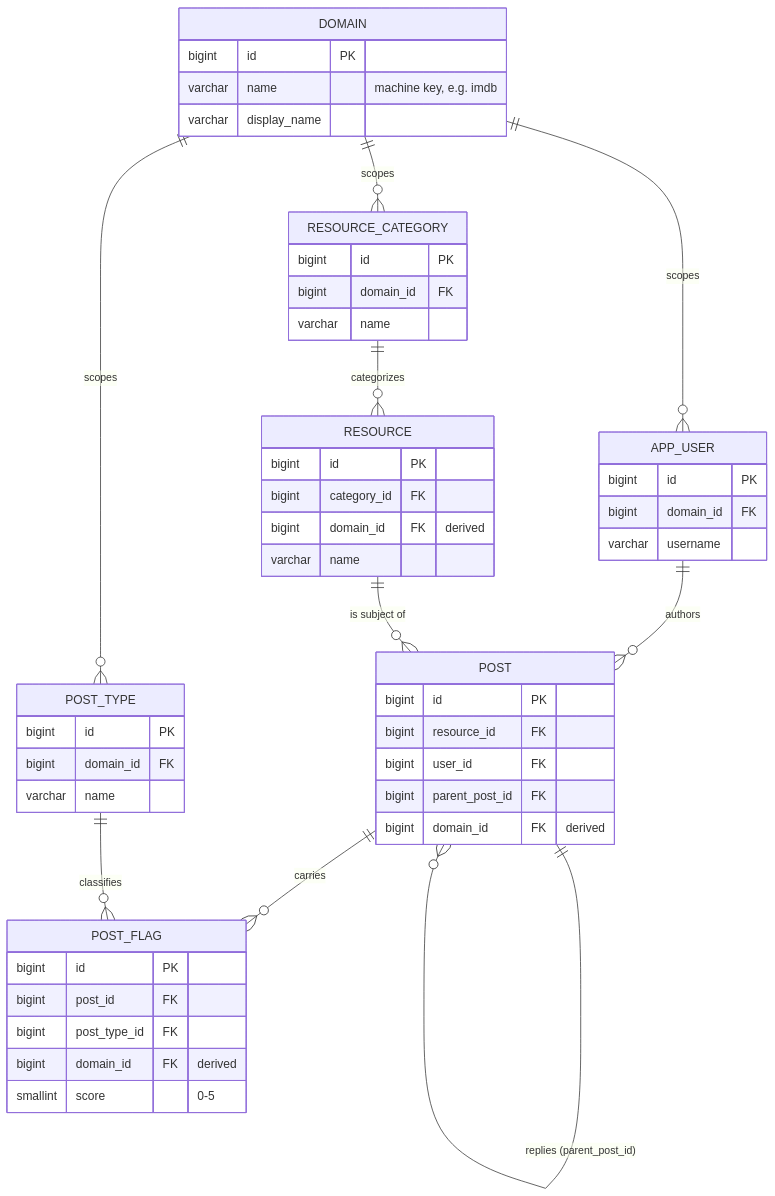
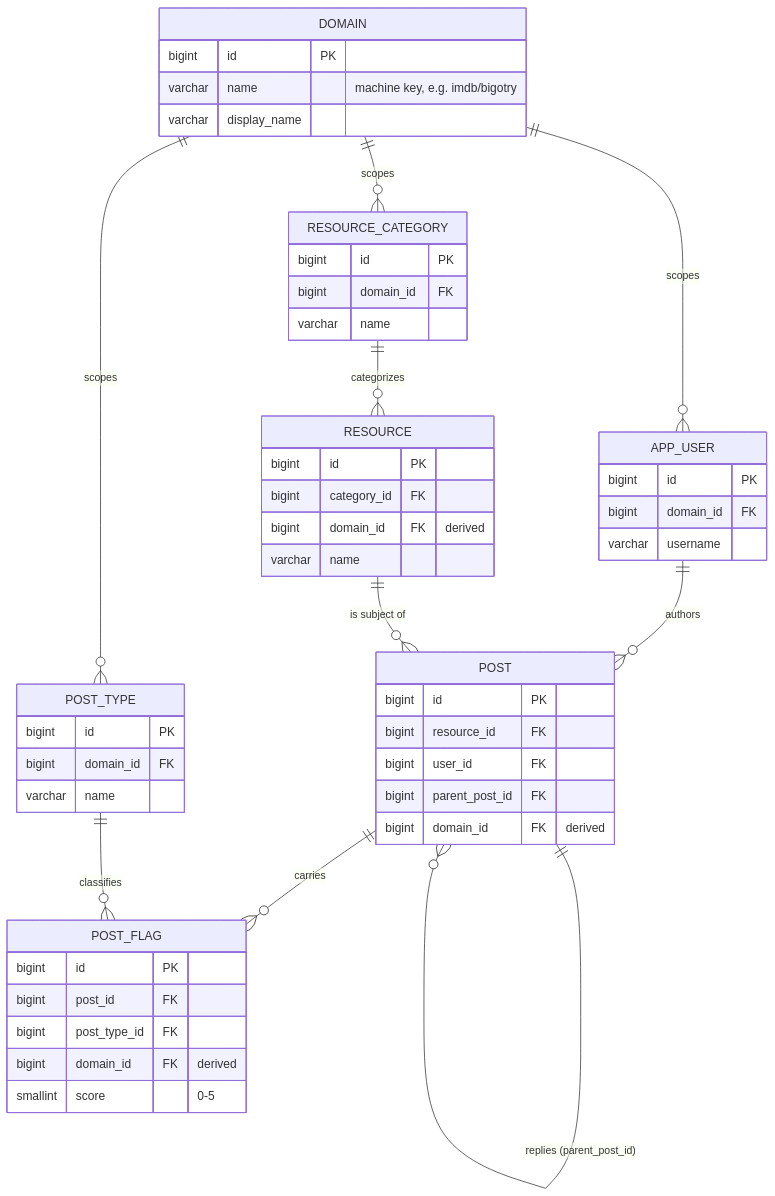
The third of 3 diagrams in backend/posts/docs/architecture.md (jmejorada1/my-fun-projects), drawn with Mermaid before and after one commit. The commit also changed other lines of this file and 8 other files, not shown here.

First line of the commit message:
docs: condense architecture, spec, security and monitoring docs

````diff
--- a/backend/posts/docs/architecture.md
+++ b/backend/posts/docs/architecture.md
@@ -269,53 +237,53 @@
 ```mermaid
 erDiagram
     DOMAIN ||--o{ RESOURCE_CATEGORY : scopes
     DOMAIN ||--o{ POST_TYPE : scopes
     DOMAIN ||--o{ APP_USER : scopes
     APP_USER ||--o{ POST : authors
     RESOURCE_CATEGORY ||--o{ RESOURCE : categorizes
     RESOURCE ||--o{ POST : "is subject of"
     POST ||--o{ POST : "replies (parent_post_id)"
     POST ||--o{ POST_FLAG : carries
     POST_TYPE ||--o{ POST_FLAG : classifies
 
     DOMAIN {
         bigint id PK
-        varchar name "machine key, e.g. imdb"
+        varchar name "machine key, e.g. imdb/bigotry"
         varchar display_name
     }
     RESOURCE_CATEGORY {
         bigint id PK
         bigint domain_id FK
         varchar name
     }
     RESOURCE {
         bigint id PK
         bigint category_id FK
         bigint domain_id FK "derived"
         varchar name
     }
     POST_TYPE {
         bigint id PK
         bigint domain_id FK
         varchar name
     }
     APP_USER {
         bigint id PK
         bigint domain_id FK
         varchar username
     }
     POST {
         bigint id PK
         bigint resource_id FK
         bigint user_id FK
         bigint parent_post_id FK
         bigint domain_id FK "derived"
     }
     POST_FLAG {
         bigint id PK
         bigint post_id FK
         bigint post_type_id FK
         bigint domain_id FK "derived"
         smallint score "0-5"
     }
 ```
````
